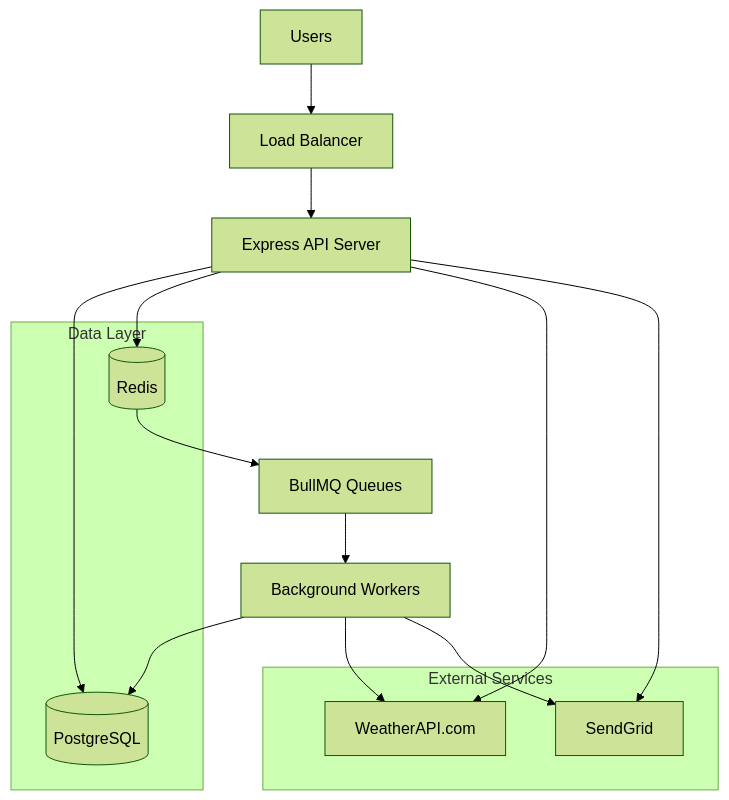
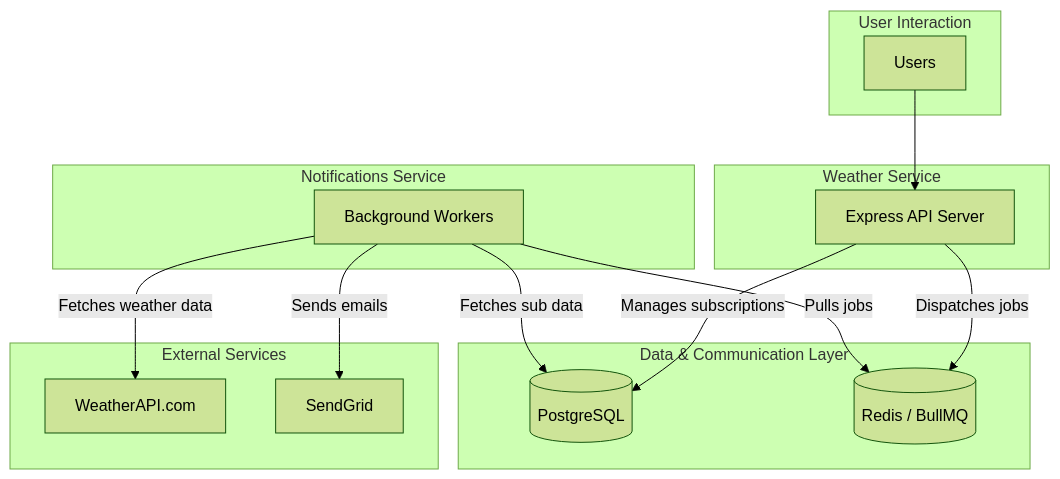
Before and after one commit to GenesisEducationKyiv/software-engineering-school-5-0-V-Mokhun: the first of 3 diagrams in backend/docs/system-design.md, drawn with Mermaid (forest theme). The commit also changed other lines of this file and 6 other files, not shown here.

````diff
--- a/backend/docs/system-design.md
+++ b/backend/docs/system-design.md
@@ -82,26 +82,34 @@
 ```mermaid
 graph TB
-    User[Users] --> LB[Load Balancer]
-    LB --> API[Express API Server]
+    subgraph "User Interaction"
+        User[Users]
+    end
 
-    API --> PG[(PostgreSQL)]
-    API --> Redis[(Redis)]
-    API --> Weather[WeatherAPI.com]
-    API --> Email[SendGrid]
+    subgraph "Weather Service"
+        API[Express API Server]
+    end
 
-    Redis --> Queue[BullMQ Queues]
-    Queue --> Worker[Background Workers]
-    Worker --> PG
-    Worker --> Weather
-    Worker --> Email
-
-    subgraph "Data Layer"
-        PG
-        Redis
+    subgraph "Notifications Service"
+        Worker[Background Workers]
+    end
+    
+    subgraph "Data & Communication Layer"
+        PG[(PostgreSQL)]
+        Redis[(Redis / BullMQ)]
     end
 
     subgraph "External Services"
-        Weather
-        Email
+        WeatherAPI[WeatherAPI.com]
+        Email[SendGrid]
     end
+
+    User --> API
+    API -- "Manages subscriptions" --> PG
+    API -- "Dispatches jobs" --> Redis
+    
+    Worker -- "Pulls jobs" --> Redis
+    Worker -- "Fetches sub data" --> PG
+    Worker -- "Fetches weather data" --> WeatherAPI
+    Worker -- "Sends emails" --> Email
+
 ```
````
